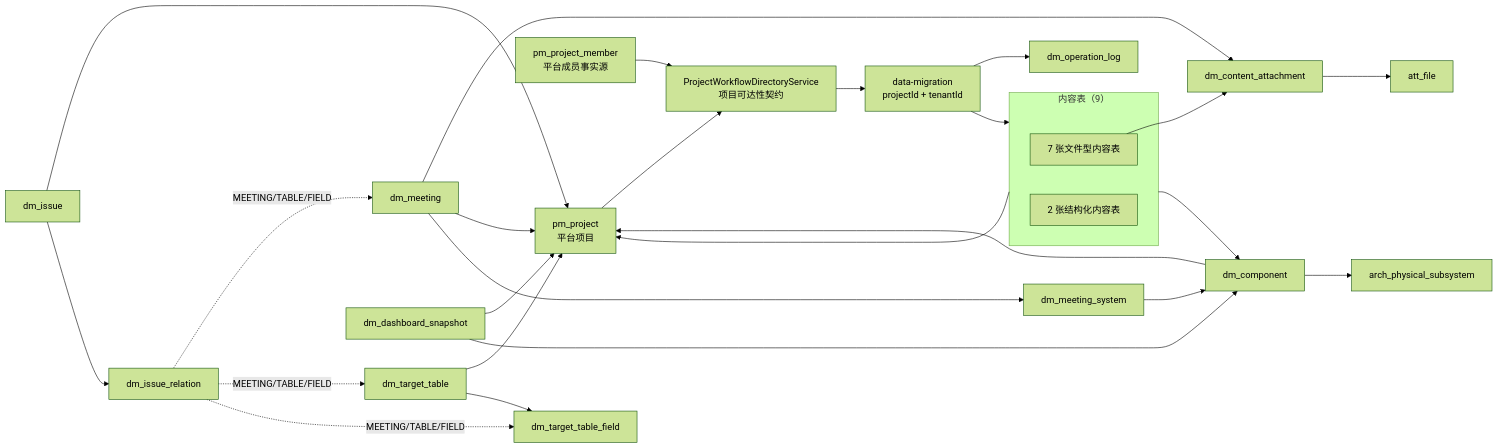
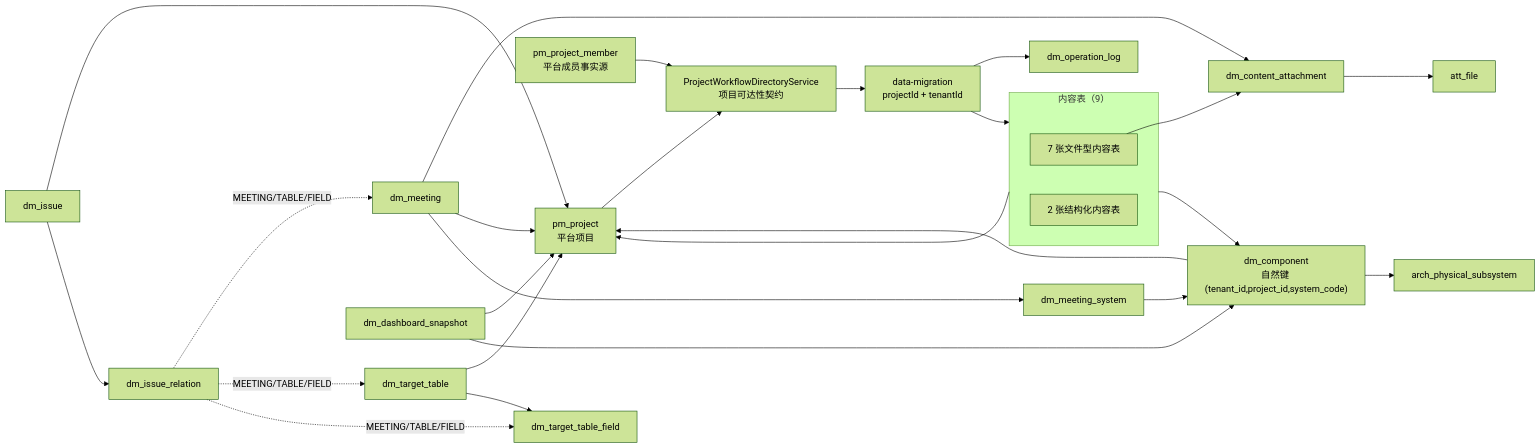
The first of 2 diagrams in docs/requirements/REQ-20260820-031-data-migration-asset-library-v3/database-schema-and-relations.md (rokeyvvz0828/RDDMP), drawn with Mermaid (forest theme) before and after one commit. The commit also changed other lines of this file and 204 other files, not shown here.

````diff
--- a/docs/requirements/REQ-20260820-031-data-migration-asset-library-v3/database-schema-and-relations.md
+++ b/docs/requirements/REQ-20260820-031-data-migration-asset-library-v3/database-schema-and-relations.md
@@ -501,48 +505,48 @@
 ```mermaid
 flowchart LR
     P["pm_project<br/>平台项目"]
     M["pm_project_member<br/>平台成员事实源"]
     C["ProjectWorkflowDirectoryService<br/>项目可达性契约"]
     P --> C
     M --> C
     C --> DM["data-migration<br/>projectId + tenantId"]
 
     subgraph CONTENT["内容表（9）"]
       F["7 张文件型内容表"]
       S["2 张结构化内容表"]
     end
     A["dm_content_attachment"]
     AF["att_file"]
-    CMP["dm_component"]
+    CMP["dm_component<br/>自然键 (tenant_id,project_id,system_code)"]
     SYS["arch_physical_subsystem"]
     MT["dm_meeting"]
     MS["dm_meeting_system"]
     I["dm_issue"]
     IR["dm_issue_relation"]
     T["dm_target_table"]
     TF["dm_target_table_field"]
     O["dm_operation_log"]
     SNAP["dm_dashboard_snapshot"]
 
     DM --> CONTENT
     F --> A
     MT --> A
     A --> AF
     CONTENT --> CMP
     CONTENT --> P
     MT --> P
     I --> P
     CMP --> P
     T --> P
     T --> TF
     MT --> MS
     MS --> CMP
     I --> IR
     IR -. "MEETING/TABLE/FIELD" .-> MT
     IR -. "MEETING/TABLE/FIELD" .-> T
     IR -. "MEETING/TABLE/FIELD" .-> TF
     CMP --> SYS
     SNAP --> P
     SNAP --> CMP
     DM --> O
 ```
````
